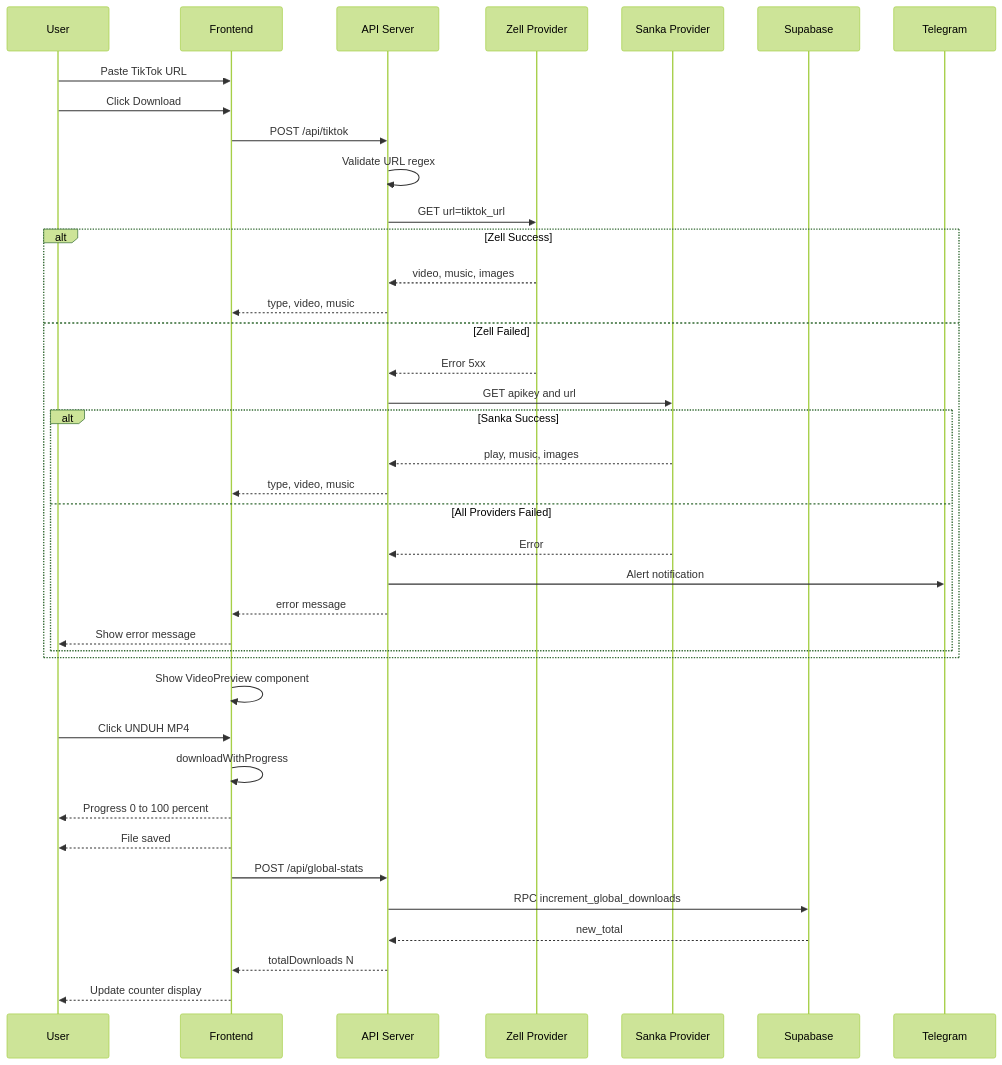
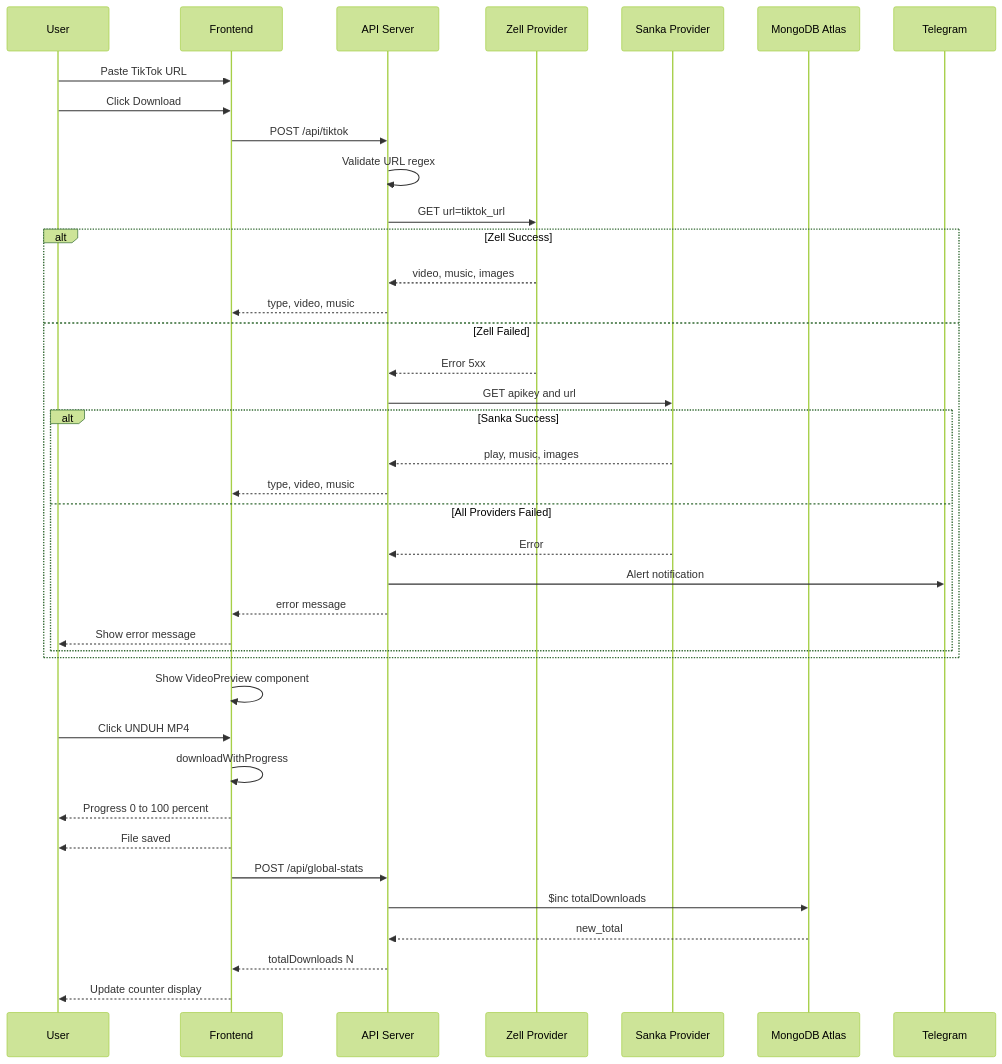
One commit to jundy779/FusionTik changed the fifth of 6 diagrams in README.md. Above: the diagram before and after it, drawn with Mermaid (forest theme). The commit also changed other lines of this file and 11 other files, not shown here.

First line of the commit message:
Migrate global download counter from Supabase to MongoDB Atlas.

````diff
--- a/README.md
+++ b/README.md
@@ -410,45 +410,45 @@
 ```mermaid
 sequenceDiagram
     participant U as User
     participant FE as Frontend
     participant API as API Server
     participant Z as Zell Provider
     participant S as Sanka Provider
-    participant DB as Supabase
+    participant DB as MongoDB Atlas
     participant TG as Telegram
 
     U->>FE: Paste TikTok URL
     U->>FE: Click Download
     FE->>API: POST /api/tiktok
     API->>API: Validate URL regex
     API->>Z: GET url=tiktok_url
 
     alt Zell Success
         Z-->>API: video, music, images
         API-->>FE: type, video, music
     else Zell Failed
         Z-->>API: Error 5xx
         API->>S: GET apikey and url
         alt Sanka Success
             S-->>API: play, music, images
             API-->>FE: type, video, music
         else All Providers Failed
             S-->>API: Error
             API->>TG: Alert notification
             API-->>FE: error message
             FE-->>U: Show error message
         end
     end
 
     FE->>FE: Show VideoPreview component
     U->>FE: Click UNDUH MP4
     FE->>FE: downloadWithProgress
     FE-->>U: Progress 0 to 100 percent
     FE-->>U: File saved
 
     FE->>API: POST /api/global-stats
-    API->>DB: RPC increment_global_downloads
+    API->>DB: $inc totalDownloads
     DB-->>API: new_total
     API-->>FE: totalDownloads N
     FE-->>U: Update counter display
 ```
````
